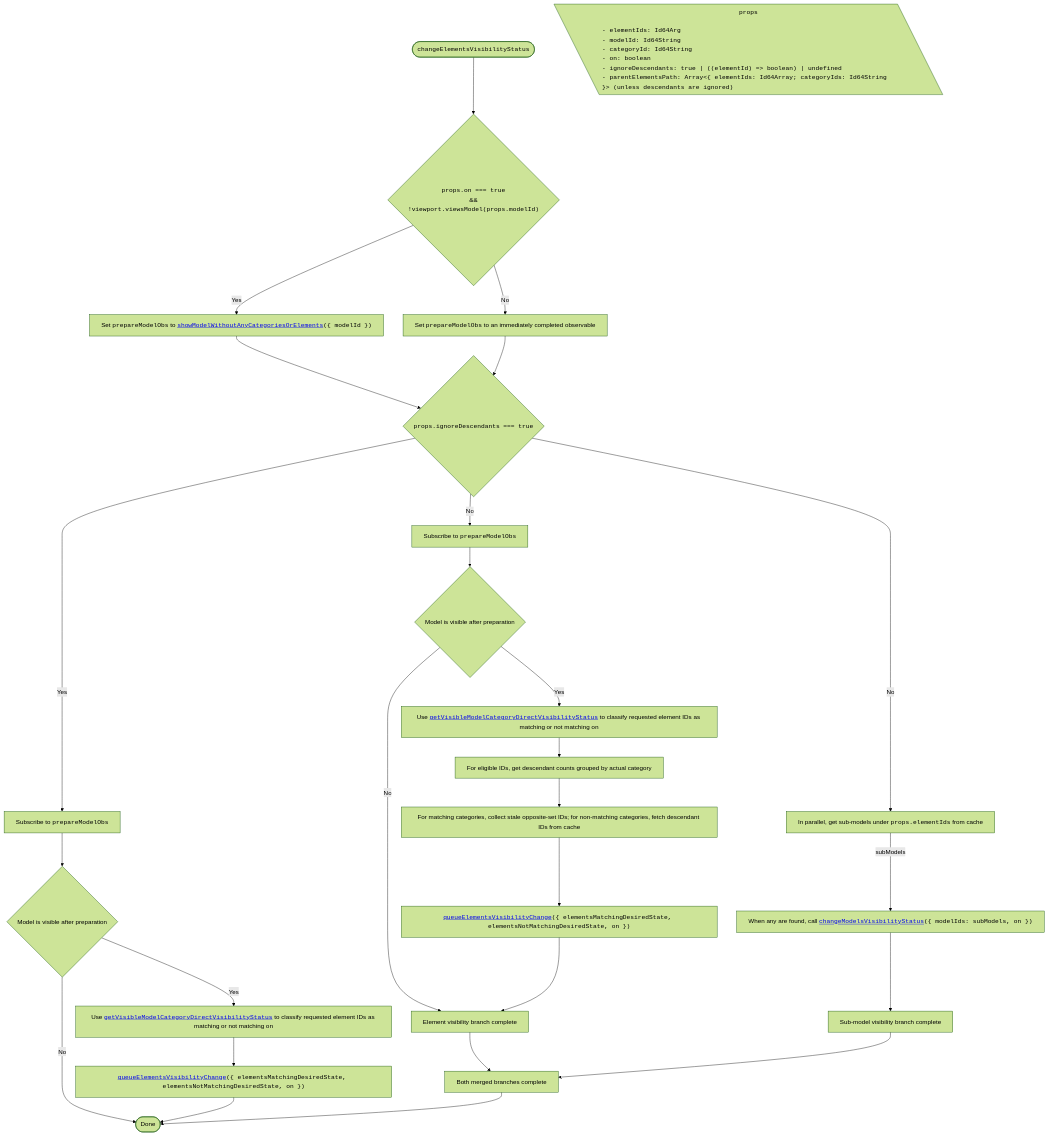
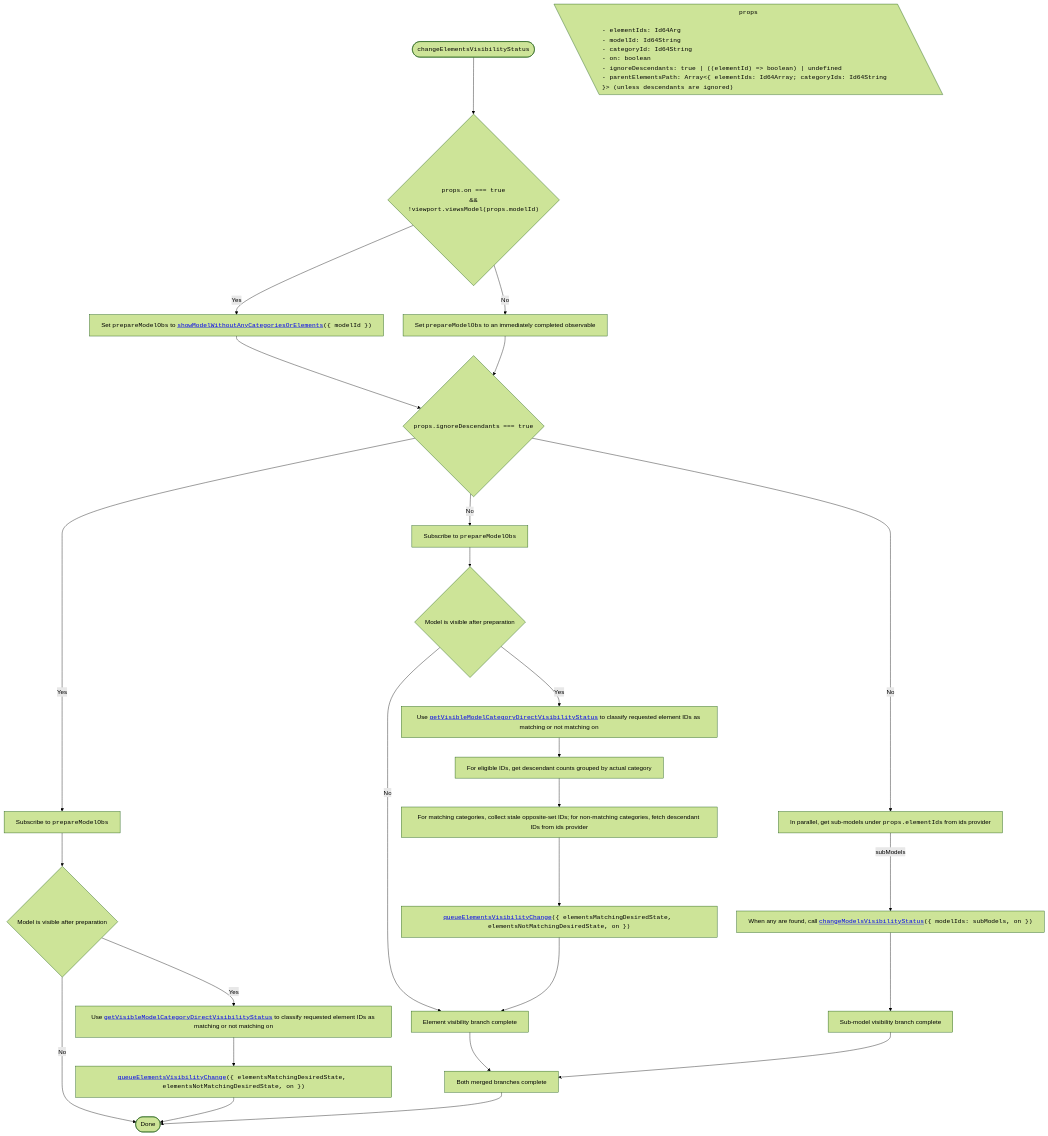
One commit to iTwin/viewer-components-react changed diagram 14 of 17 in packages/tree-widget/docs/SharedVisibilityHandling.md. Above: the diagram before and after it, drawn with Mermaid (forest theme). The commit also changed other lines of this file and 72 other files, not shown here.

````diff
--- a/packages/tree-widget/docs/SharedVisibilityHandling.md
+++ b/packages/tree-widget/docs/SharedVisibilityHandling.md
@@ -616,47 +616,47 @@
 ```mermaid
 ---
 config:
   flowchart:
     wrappingWidth: 750
     useMaxWidth: false
 ---
 
 flowchart TD
   RESULT_Done([Done])
 
   %% Start
   TITLE(["<span style='font-family: monospace;'>changeElementsVisibilityStatus</span>"]) --> A{"<span style='font-family: monospace;'>props.on === true</span><br/>&&<br/><span style='font-family: monospace;'>!viewport.viewsModel(props.modelId)</span>"}
 
   PROPS[\"
     <span style='font-family: monospace;'>props</span>
     <span style='display: block; text-align: left; font-family: monospace;'>- elementIds: Id64Arg<br/>- modelId: Id64String<br/>- categoryId: Id64String<br/>- on: boolean<br/>- ignoreDescendants: true | ((elementId) => boolean) | undefined<br/>- parentElementsPath: Array&lt;{ elementIds: Id64Array; categoryIds: Id64String }&gt; (unless descendants are ignored)</span>
   "\]
 
   A -- Yes --> A1["Set <span style='font-family: monospace;'>prepareModelObs</span> to <span style='font-family: monospace;'><a href='#showmodelwithoutanycategoriesorelements'>showModelWithoutAnyCategoriesOrElements</a>({ modelId })</span>"]
   A -- No --> A2["Set <span style='font-family: monospace;'>prepareModelObs</span> to an immediately completed observable"]
   A1 --> D{"<span style='font-family: monospace;'>props.ignoreDescendants === true</span>"}
   A2 --> D
 
   D -- Yes --> P1["Subscribe to <span style='font-family: monospace;'>prepareModelObs</span>"]
   P1 --> B1{"Model is visible after preparation"}
   B1 -- No --> RESULT_Done
   B1 -- Yes --> C1["Use <span style='font-family: monospace;'><a href='#getvisiblemodelcategorydirectvisibilitystatus'>getVisibleModelCategoryDirectVisibilityStatus</a></span> to classify requested element IDs as matching or not matching <span style='font-family: monospace;'>on</span>"]
   C1 --> F1["<span style='font-family: monospace;'><a href='#queueelementsvisibilitychange'>queueElementsVisibilityChange</a>({ elementsMatchingDesiredState, elementsNotMatchingDesiredState, on })</span>"]
   F1 --> RESULT_Done
 
   D -- No --> P2["Subscribe to <span style='font-family: monospace;'>prepareModelObs</span>"]
   P2 --> B2{"Model is visible after preparation"}
   B2 -- No --> H1["Element visibility branch complete"]
   B2 -- Yes --> C2["Use <span style='font-family: monospace;'><a href='#getvisiblemodelcategorydirectvisibilitystatus'>getVisibleModelCategoryDirectVisibilityStatus</a></span> to classify requested element IDs as matching or not matching <span style='font-family: monospace;'>on</span>"]
   C2 --> E["For eligible IDs, get descendant counts grouped by actual category"]
-  E --> E1["For matching categories, collect stale opposite-set IDs; for non-matching categories, fetch descendant IDs from cache"]
+  E --> E1["For matching categories, collect stale opposite-set IDs; for non-matching categories, fetch descendant IDs from ids provider"]
   E1 --> F2["<span style='font-family: monospace;'><a href='#queueelementsvisibilitychange'>queueElementsVisibilityChange</a>({ elementsMatchingDesiredState, elementsNotMatchingDesiredState, on })</span>"]
   F2 --> H1
 
-  D -- No --> G["In parallel, get sub-models under <span style='font-family: monospace;'>props.elementIds</span> from cache"]
+  D -- No --> G["In parallel, get sub-models under <span style='font-family: monospace;'>props.elementIds</span> from ids provider"]
   G -- subModels --> G1["When any are found, call <span style='font-family: monospace;'><a href='#changemodelsvisibilitystatus'>changeModelsVisibilityStatus</a>({ modelIds: subModels, on })</span>"]
   G1 --> H2["Sub-model visibility branch complete"]
   H1 --> I["Both merged branches complete"]
   H2 --> I
   I --> RESULT_Done
 ```
````
